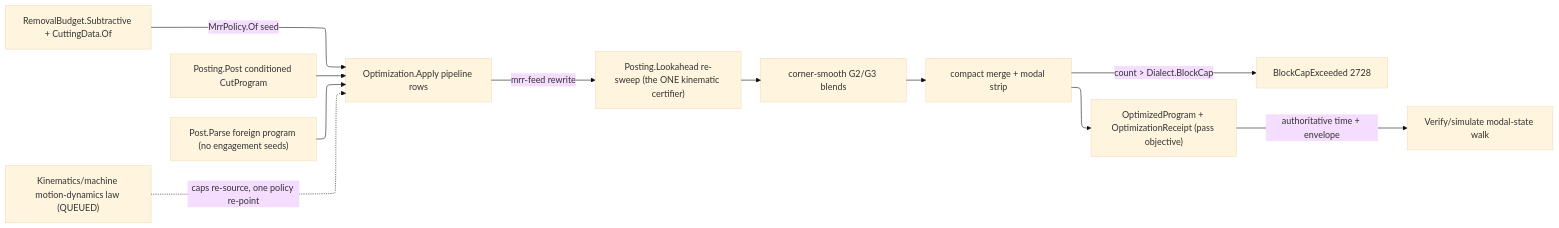
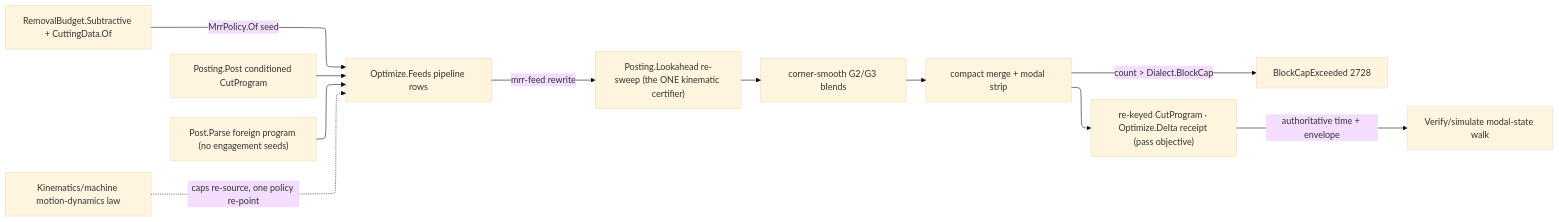
The diagram in libs/csharp/Rasm.Fabrication/.planning/Posting/optimization.md (bsamiee/Rasm), drawn with Mermaid before and after one commit. The commit also changed other lines of this file and 181 other files, not shown here.

````diff
--- a/libs/csharp/Rasm.Fabrication/.planning/Posting/optimization.md
+++ b/libs/csharp/Rasm.Fabrication/.planning/Posting/optimization.md
@@ -220,18 +285,18 @@
 ```mermaid
 ---
 config:
   layout: elk
   theme: base
 ---
 flowchart LR
-    Post["Posting.Post conditioned CutProgram"] --> Apply["Optimization.Apply pipeline rows"]
+    Post["Posting.Post conditioned CutProgram"] --> Apply["Optimize.Feeds pipeline rows"]
     Parse["Post.Parse foreign program (no engagement seeds)"] --> Apply
     Physics["RemovalBudget.Subtractive + CuttingData.Of"] -->|"MrrPolicy.Of seed"| Apply
     Apply -->|"mrr-feed rewrite"| Sweep["Posting.Lookahead re-sweep (the ONE kinematic certifier)"]
     Sweep --> SmoothP["corner-smooth G2/G3 blends"]
     SmoothP --> CompactP["compact merge + modal strip"]
     CompactP -->|"count > Dialect.BlockCap"| Cap["BlockCapExceeded 2728"]
-    CompactP --> Out["OptimizedProgram + OptimizationReceipt (pass objective)"]
+    CompactP --> Out["re-keyed CutProgram · Optimize.Delta receipt (pass objective)"]
     Out -->|authoritative time + envelope| Sim["Verify/simulate modal-state walk"]
-    Machine["Kinematics/machine motion-dynamics law (QUEUED)"] -.->|"caps re-source, one policy re-point"| Apply
+    Machine["Kinematics/machine motion-dynamics law"] -.->|"caps re-source, one policy re-point"| Apply
 ```
````
